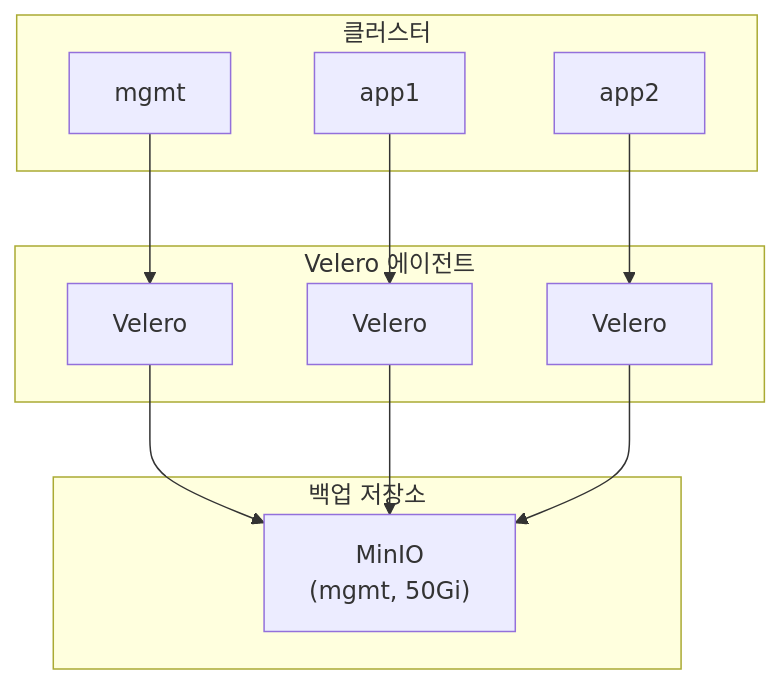
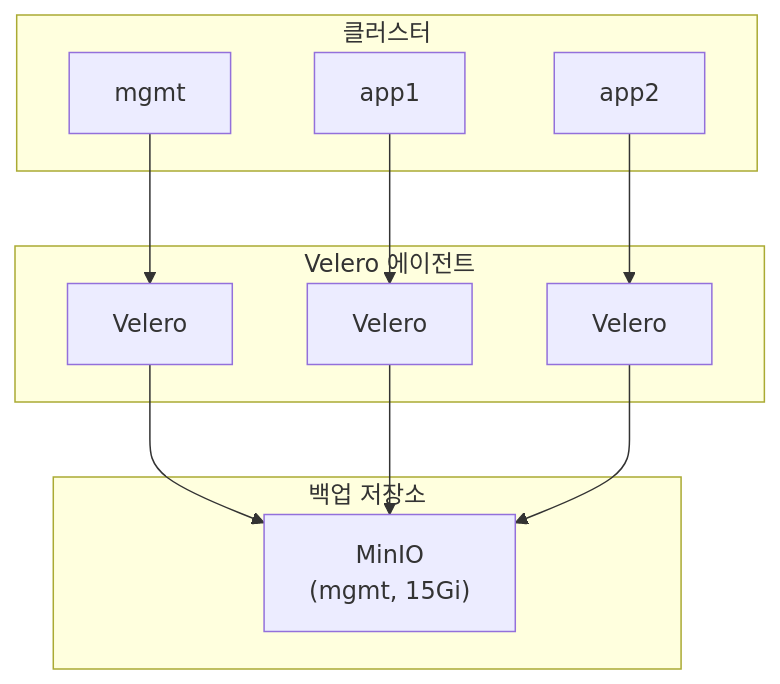
Diagram 12 of 12 in document/on-premise/ARCHITECTURE.md (bocopile/mac-k8s-multipass-terraform), drawn with Mermaid before and after one commit. The commit also changed other lines of this file, not shown here.

First line of the commit message:
docs: ARCHITECTURE.md에 최근 변경사항 반영

````diff
--- a/document/on-premise/ARCHITECTURE.md
+++ b/document/on-premise/ARCHITECTURE.md
@@ -973,22 +1021,22 @@
 ```mermaid
 flowchart TB
     subgraph Clusters["클러스터"]
         mgmt["mgmt"]
         app1["app1"]
         app2["app2"]
     end
 
     subgraph VeleroAgents["Velero 에이전트"]
         v1["Velero"]
         v2["Velero"]
         v3["Velero"]
     end
 
     subgraph Storage["백업 저장소"]
-        minio["MinIO<br/>(mgmt, 50Gi)"]
+        minio["MinIO<br/>(mgmt, 15Gi)"]
     end
 
     mgmt --> v1 --> minio
     app1 --> v2 --> minio
     app2 --> v3 --> minio
 ```
````
